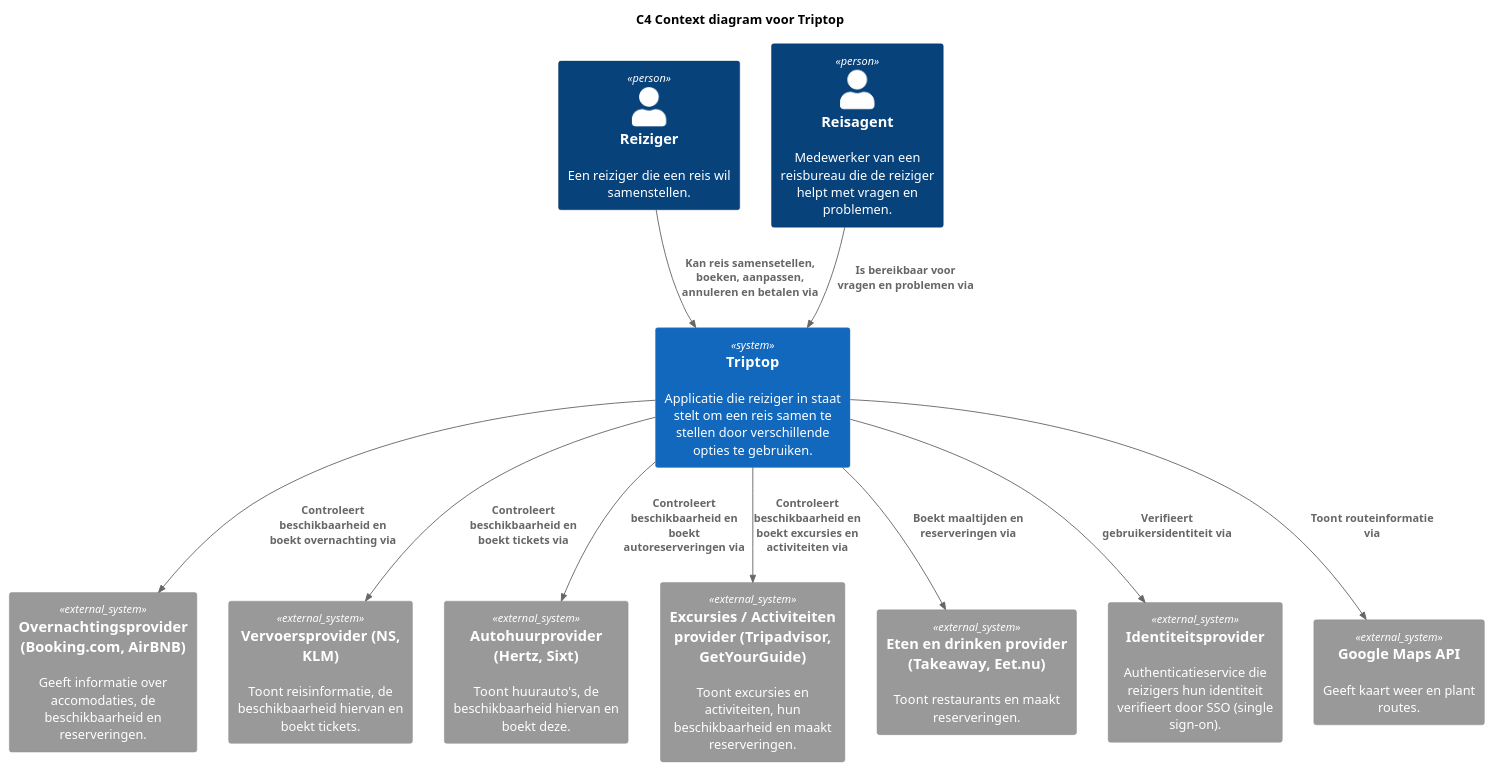
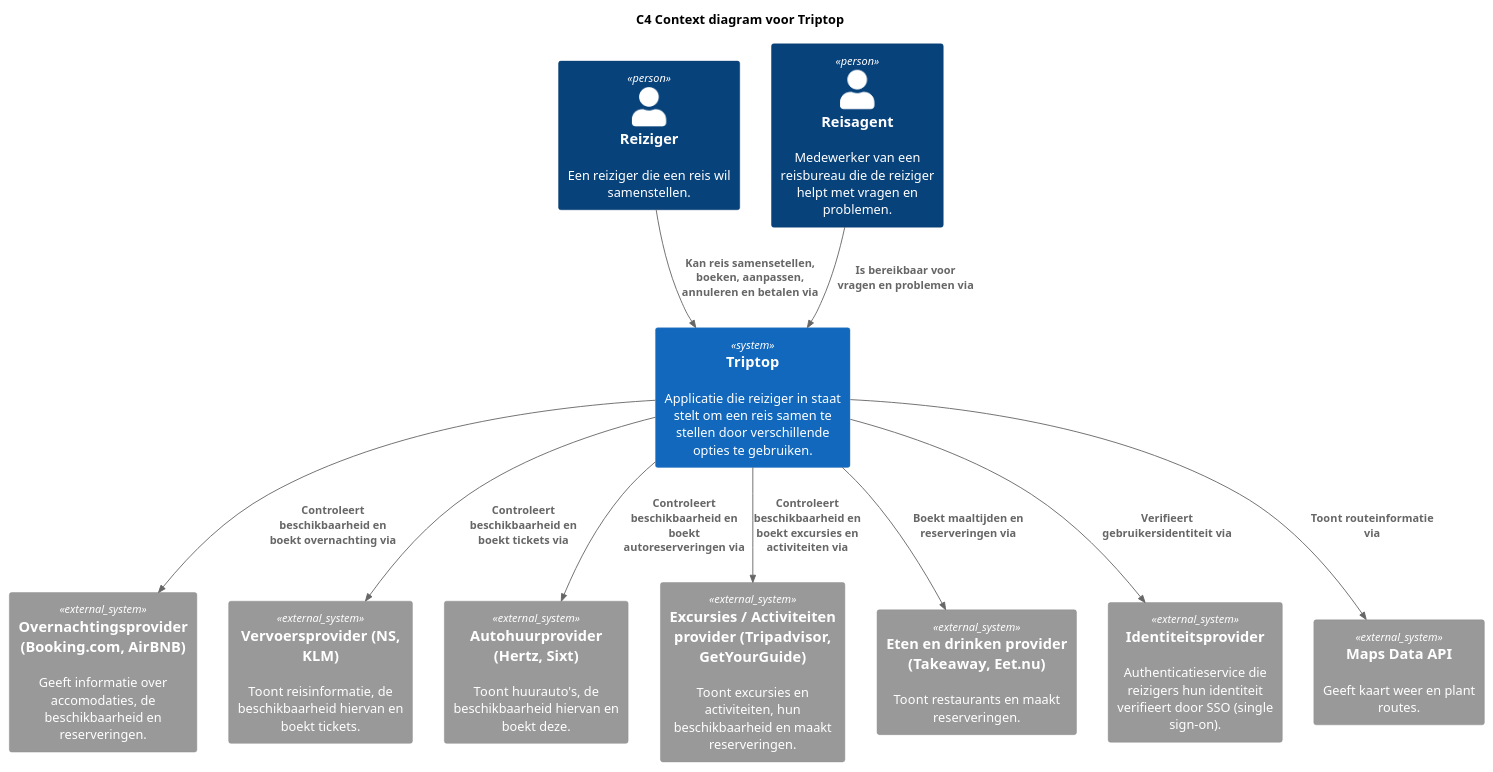
Before and after one commit to AIM-ENE-feb25/triptop-beca: the diagram in opdracht-diagrammen/voorbereidingen/context-diagram-team/context-diagram-team.puml, drawn with PlantUML. The commit also changed 2 other files, not shown here.

Commit message:
Verbetering in context diagram

```diff
--- a/opdracht-diagrammen/voorbereidingen/context-diagram-team/context-diagram-team.puml
+++ b/opdracht-diagrammen/voorbereidingen/context-diagram-team/context-diagram-team.puml
@@ -1,31 +1,31 @@
 @startuml
 !include https://raw.githubusercontent.com/plantuml-stdlib/C4-PlantUML/master/C4_Context.puml
 
 'LAYOUT_WITH_LEGEND()
 
 title C4 Context diagram voor Triptop
 
 Person(reiziger, "Reiziger", "Een reiziger die een reis wil samenstellen.")
 Person(reisagent, "Reisagent", "Medewerker van een reisbureau die de reiziger helpt met vragen en problemen.")
 
 System(triptop_systeem, "Triptop", "Applicatie die reiziger in staat stelt om een reis samen te stellen door verschillende opties te gebruiken.")
 
 System_Ext(overnacht_system, "Overnachtingsprovider (Booking.com, AirBNB)", "Geeft informatie over accomodaties, de beschikbaarheid en reserveringen.")
 System_Ext(vervoer_systeem, "Vervoersprovider (NS, KLM)", "Toont reisinformatie, de beschikbaarheid hiervan en boekt tickets.")
 System_Ext(autohuur_systeem, "Autohuurprovider (Hertz, Sixt)", "Toont huurauto's, de beschikbaarheid hiervan en boekt deze.")
 System_Ext(activiteit_systeem, "Excursies / Activiteiten provider (Tripadvisor, GetYourGuide)", "Toont excursies en activiteiten, hun beschikbaarheid en maakt reserveringen.")
 System_Ext(eten_en_drinken_systeem, "Eten en drinken provider (Takeaway, Eet.nu)", "Toont restaurants en maakt reserveringen.")
 System_Ext(identeits_systeem, "Identiteitsprovider", "Authenticatieservice die reizigers hun identiteit verifieert door SSO (single sign-on).")
-System_Ext(maps_systeem, "Google Maps API", "Geeft kaart weer en plant routes.")
+System_Ext(maps_systeem, "Maps Data API", "Geeft kaart weer en plant routes.")
 
 Rel(reiziger, triptop_systeem, "Kan reis samensetellen, boeken, aanpassen, annuleren en betalen via")
 Rel(reisagent, triptop_systeem, "Is bereikbaar voor vragen en problemen via")
 Rel(triptop_systeem, overnacht_system, "Controleert beschikbaarheid en boekt overnachting via")
 Rel(triptop_systeem, vervoer_systeem, "Controleert beschikbaarheid en boekt tickets via")
 Rel(triptop_systeem, autohuur_systeem, "Controleert beschikbaarheid en boekt autoreserveringen via")
 Rel(triptop_systeem, activiteit_systeem, "Controleert beschikbaarheid en boekt excursies en activiteiten via")
 Rel(triptop_systeem, eten_en_drinken_systeem, "Boekt maaltijden en reserveringen via")
 Rel(triptop_systeem, identeits_systeem, "Verifieert gebruikersidentiteit via")
 Rel(triptop_systeem, maps_systeem, "Toont routeinformatie via")
 
 @enduml
```
